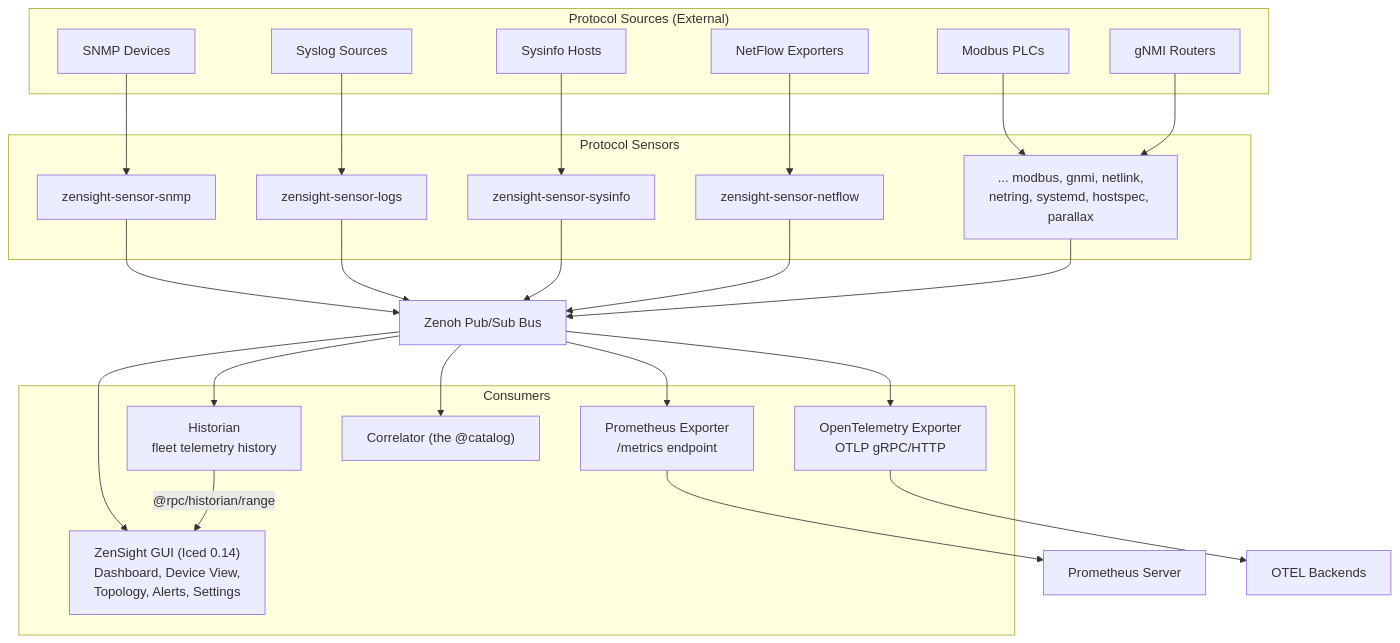
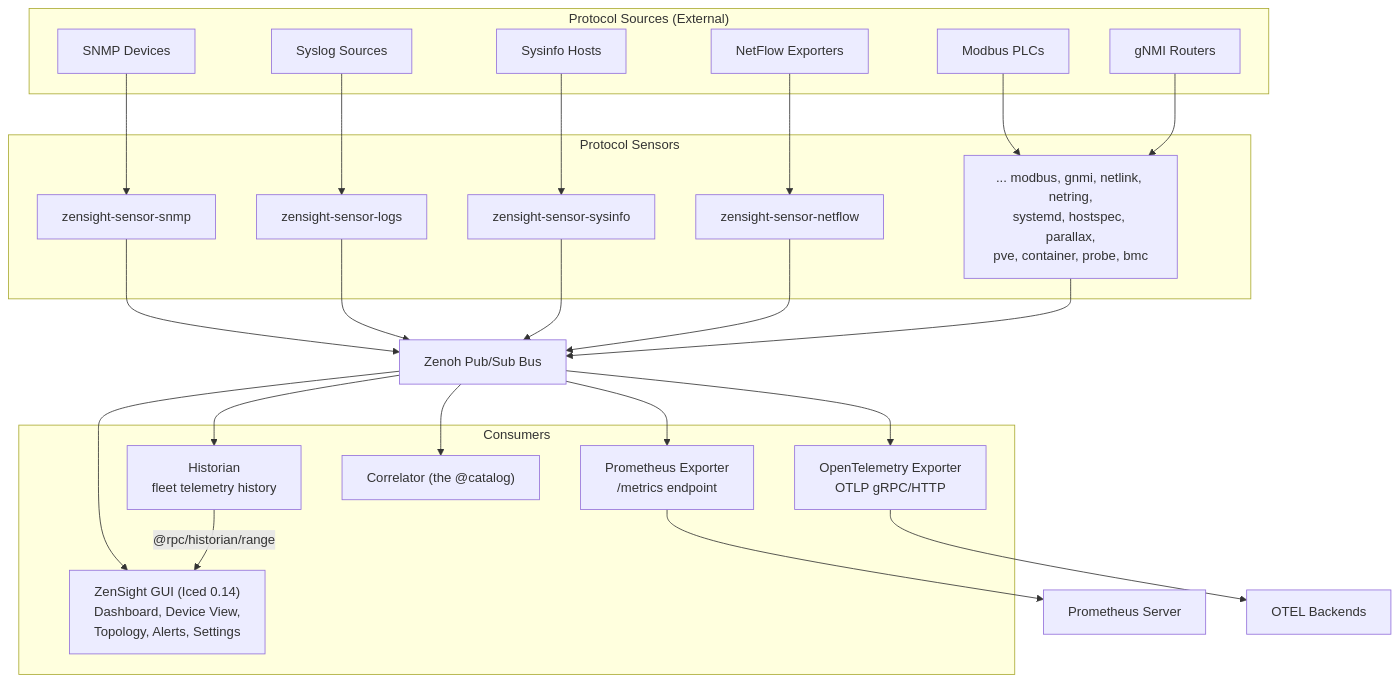
The first of 8 diagrams in docs/ARCHITECTURE.md (p13marc/zensight), drawn with Mermaid before and after one commit. The commit also changed other lines of this file and 15 other files, not shown here.

````diff
--- a/docs/ARCHITECTURE.md
+++ b/docs/ARCHITECTURE.md
@@ -7,52 +7,52 @@
 ```mermaid
 flowchart TD
     subgraph Sources["Protocol Sources (External)"]
         SNMPDev["SNMP Devices"]
         SyslogSrc["Syslog Sources"]
         SysinfoHosts["Sysinfo Hosts"]
         NetFlowExp["NetFlow Exporters"]
         ModbusPLC["Modbus PLCs"]
         GnmiRouters["gNMI Routers"]
     end
 
     subgraph Sensors["Protocol Sensors"]
         SnmpSensor["zensight-sensor-snmp"]
         LogsSensor["zensight-sensor-logs"]
         SysinfoSensor["zensight-sensor-sysinfo"]
         NetflowSensor["zensight-sensor-netflow"]
-        OtherSensors["... modbus, gnmi, netlink,<br/>netring, systemd, hostspec, parallax"]
+        OtherSensors["... modbus, gnmi, netlink, netring,<br/>systemd, hostspec, parallax,<br/>pve, container, probe, bmc"]
     end
 
     SNMPDev --> SnmpSensor
     SyslogSrc --> LogsSensor
     SysinfoHosts --> SysinfoSensor
     NetFlowExp --> NetflowSensor
     ModbusPLC --> OtherSensors
     GnmiRouters --> OtherSensors
 
     Bus["Zenoh Pub/Sub Bus"]
 
     SnmpSensor --> Bus
     LogsSensor --> Bus
     SysinfoSensor --> Bus
     NetflowSensor --> Bus
     OtherSensors --> Bus
 
     subgraph Consumers["Consumers"]
         GUI["ZenSight GUI (Iced 0.14)<br/>Dashboard, Device View,<br/>Topology, Alerts, Settings"]
         Prom["Prometheus Exporter<br/>/metrics endpoint"]
         OTel["OpenTelemetry Exporter<br/>OTLP gRPC/HTTP"]
         Correlator["Correlator (the @catalog)"]
         Historian["Historian<br/>fleet telemetry history"]
     end
 
     Bus --> GUI
     Bus --> Prom
     Bus --> OTel
     Bus --> Correlator
     Bus --> Historian
     Historian -->|"@rpc/historian/range"| GUI
 
     Prom --> PromServer["Prometheus Server"]
     OTel --> OTelBackend["OTEL Backends"]
 ```
````
